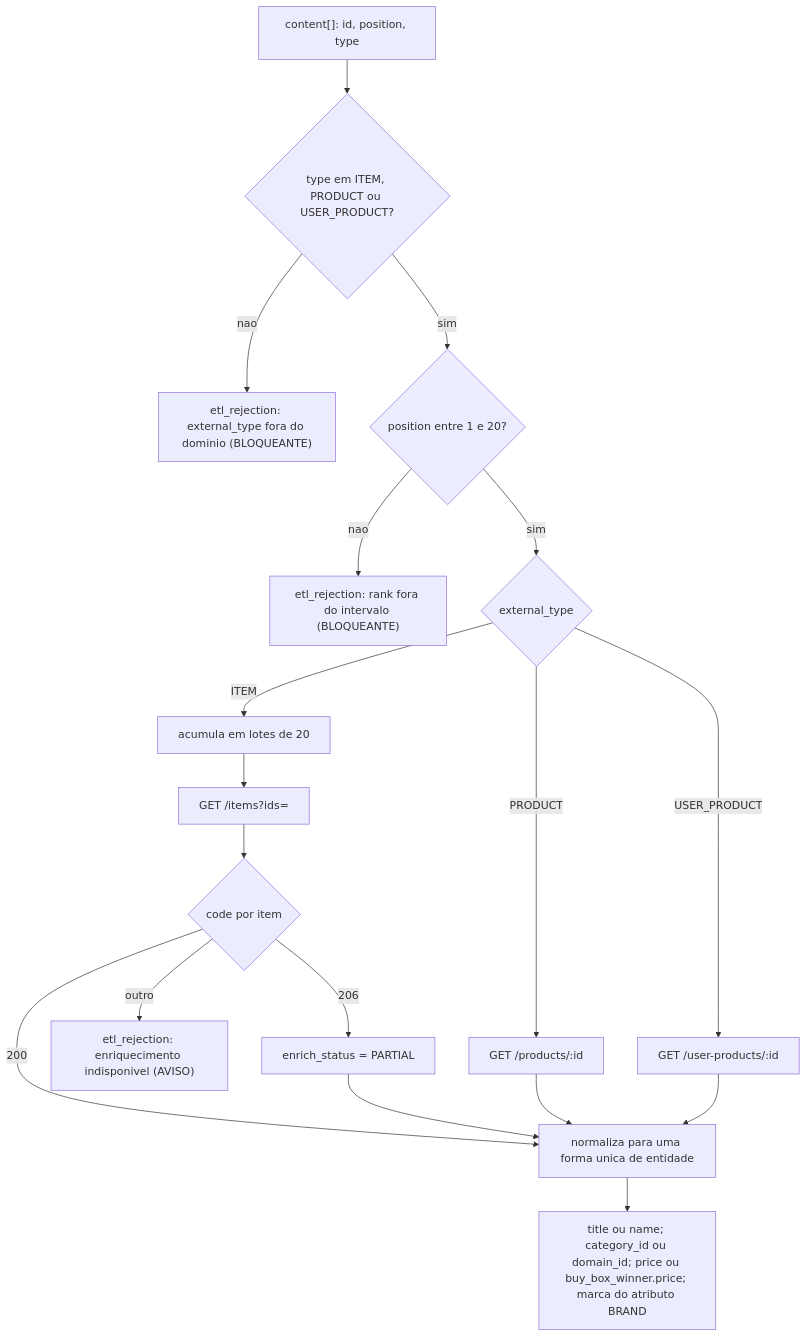
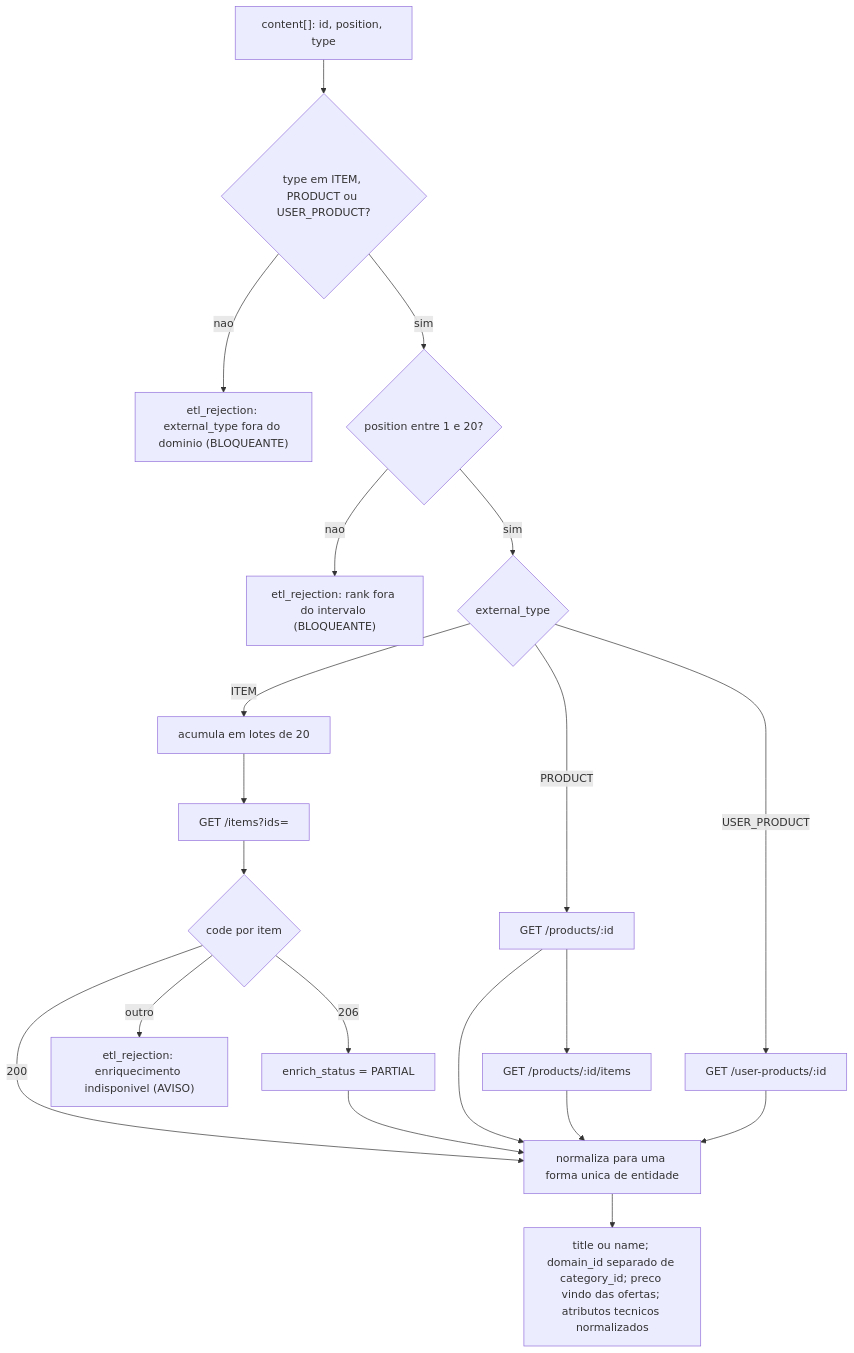
The sixth of 12 diagrams in README.md (undercontroll-inc/etl), drawn with Mermaid before and after one commit. The commit also changed other lines of this file and 21 other files, not shown here.

````diff
--- a/README.md
+++ b/README.md
@@ -210,23 +247,25 @@
 ```mermaid
 flowchart TD
     Entry["content[]: id, position, type"] --> Gate{"type em ITEM, PRODUCT ou USER_PRODUCT?"}
     Gate -->|nao| RejType["etl_rejection: external_type fora do dominio (BLOQUEANTE)"]
     Gate -->|sim| Rank{"position entre 1 e 20?"}
     Rank -->|nao| RejRank["etl_rejection: rank fora do intervalo (BLOQUEANTE)"]
 
     Rank -->|sim| Route{"external_type"}
     Route -->|ITEM| Batch["acumula em lotes de 20"]
     Batch --> Multi["GET /items?ids="]
     Multi --> Code{"code por item"}
     Code -->|200| Norm
     Code -->|206| Partial["enrich_status = PARTIAL"]
     Partial --> Norm
     Code -->|"outro"| RejMiss["etl_rejection: enriquecimento indisponivel (AVISO)"]
 
     Route -->|PRODUCT| Prod["GET /products/:id"]
+    Prod --> Offers["GET /products/:id/items"]
     Route -->|USER_PRODUCT| UserProd["GET /user-products/:id"]
     Prod --> Norm
+    Offers --> Norm
     UserProd --> Norm
 
-    Norm["normaliza para uma forma unica de entidade"] --> Fields["title ou name; category_id ou domain_id; price ou buy_box_winner.price; marca do atributo BRAND"]
+    Norm["normaliza para uma forma unica de entidade"] --> Fields["title ou name; domain_id separado de category_id; preco vindo das ofertas; atributos tecnicos normalizados"]
 ```
````
